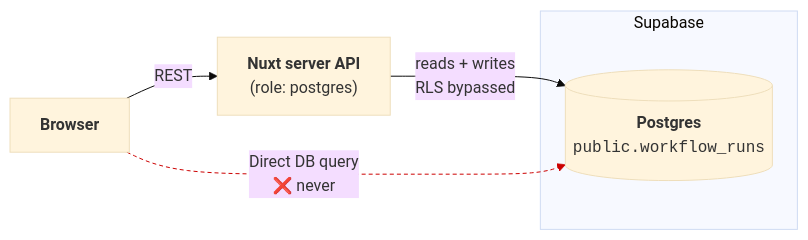
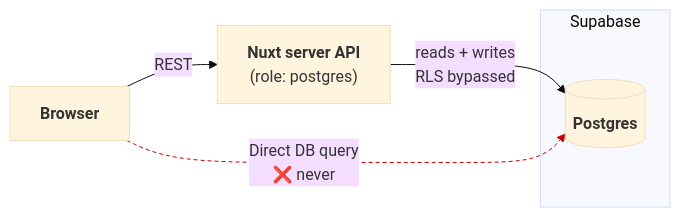
The first of 2 diagrams in docs/REALTIME.md (julie-ng/tally-split-ai), drawn with Mermaid (base theme) before and after one commit. The commit also changed other lines of this file, not shown here.

````diff
--- a/docs/REALTIME.md
+++ b/docs/REALTIME.md
@@ -31,17 +42,17 @@
 ```mermaid
 flowchart LR
   API["<strong>Nuxt server API</strong><br/>(role: postgres)"]
   Browser["<strong>Browser</strong>"]
 
   subgraph Supabase
-    PG[("<strong>Postgres</strong><br/><code>public.workflow_runs</code>")]    
+    PG[("<strong>Postgres</strong>")]
   end
 
   API -->|"reads + writes<br/>RLS bypassed"| PG
   Browser -->|"REST"| API
 
-  Browser -.->|"Direct DB query<br/>❌ never"| PG  
+  Browser -.->|"Direct DB query<br/>❌ never"| PG
 
   classDef forbidden stroke:#c00,stroke-dasharray:4 3,color:#c00;
   linkStyle 2 stroke:#c00,stroke-dasharray:4 3;
 ```
````
